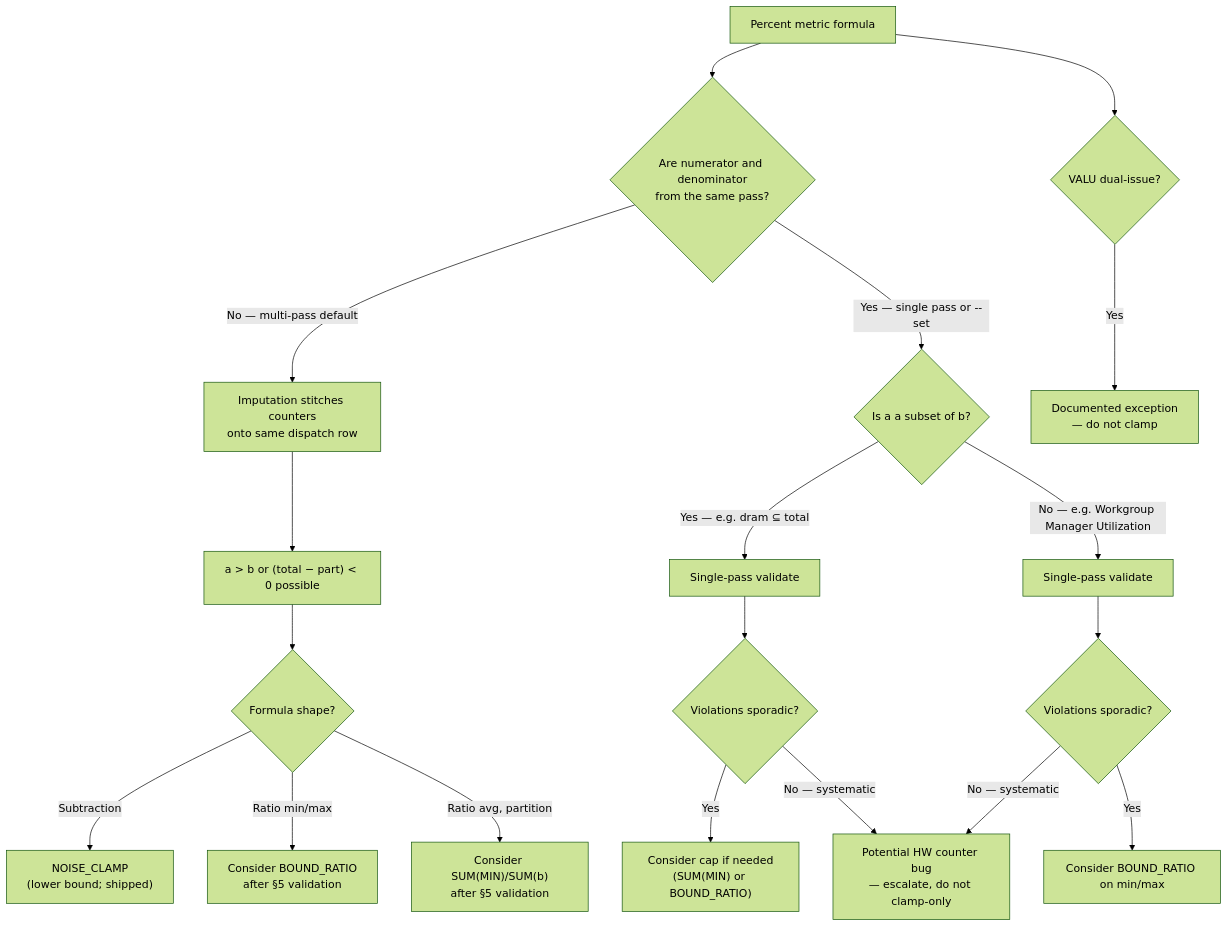
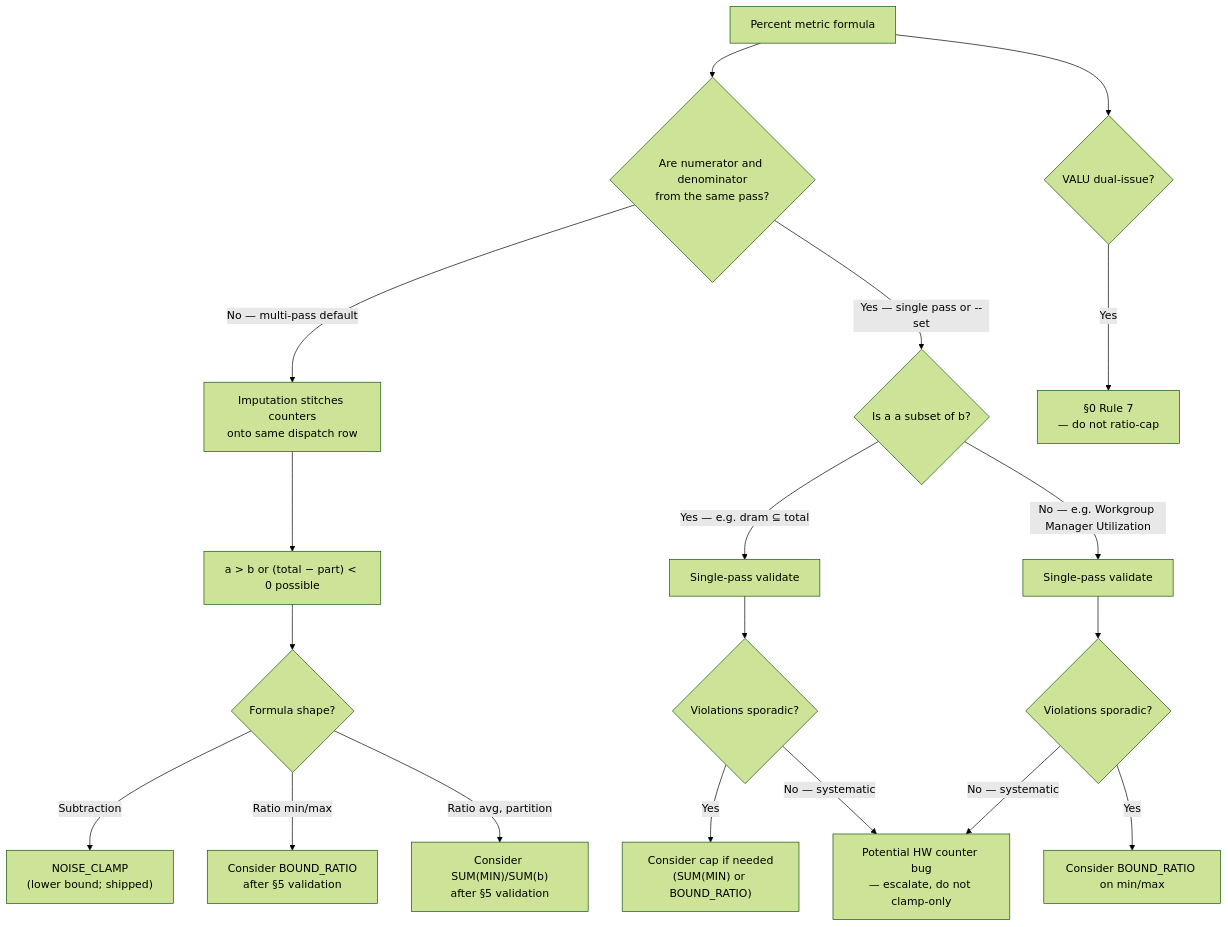
Before and after one commit to ROCm/rocm-systems: the diagram in projects/rocprofiler-compute/docs/design/metric-counter-correction-methods.md, drawn with Mermaid (forest theme). The commit also changed other lines of this file, not shown here.

````diff
--- a/projects/rocprofiler-compute/docs/design/metric-counter-correction-methods.md
+++ b/projects/rocprofiler-compute/docs/design/metric-counter-correction-methods.md
@@ -354,21 +399,21 @@
 ```mermaid
 flowchart TD
     A["Percent metric formula"] --> B{"Are numerator and denominator<br/>from the same pass?"}
     B -->|No — multi-pass default| C["Imputation stitches counters<br/>onto same dispatch row"]
     C --> D["a > b or (total − part) < 0 possible"]
     D --> E{"Formula shape?"}
     E -->|Subtraction| F["NOISE_CLAMP<br/>(lower bound; shipped)"]
     E -->|Ratio min/max| G["Consider BOUND_RATIO<br/>after §5 validation"]
     E -->|Ratio avg, partition| H["Consider SUM(MIN)/SUM(b)<br/>after §5 validation"]
     B -->|Yes — single pass or --set| I{"Is a a subset of b?"}
     I -->|Yes — e.g. dram ⊆ total| J["Single-pass validate"]
     J --> J2{"Violations sporadic?"}
     J2 -->|Yes| K["Consider cap if needed<br/>(SUM(MIN) or BOUND_RATIO)"]
     J2 -->|No — systematic| P["Potential HW counter bug<br/>— escalate, do not clamp-only"]
     I -->|No — e.g. Workgroup Manager Utilization| L["Single-pass validate"]
     L --> L2{"Violations sporadic?"}
     L2 -->|Yes| M["Consider BOUND_RATIO on min/max"]
     L2 -->|No — systematic| P
     A --> N{"VALU dual-issue?"}
-    N -->|Yes| O["Documented exception<br/>— do not clamp"]
+    N -->|Yes| O["§0 Rule 7<br/>— do not ratio-cap"]
 ```
````
